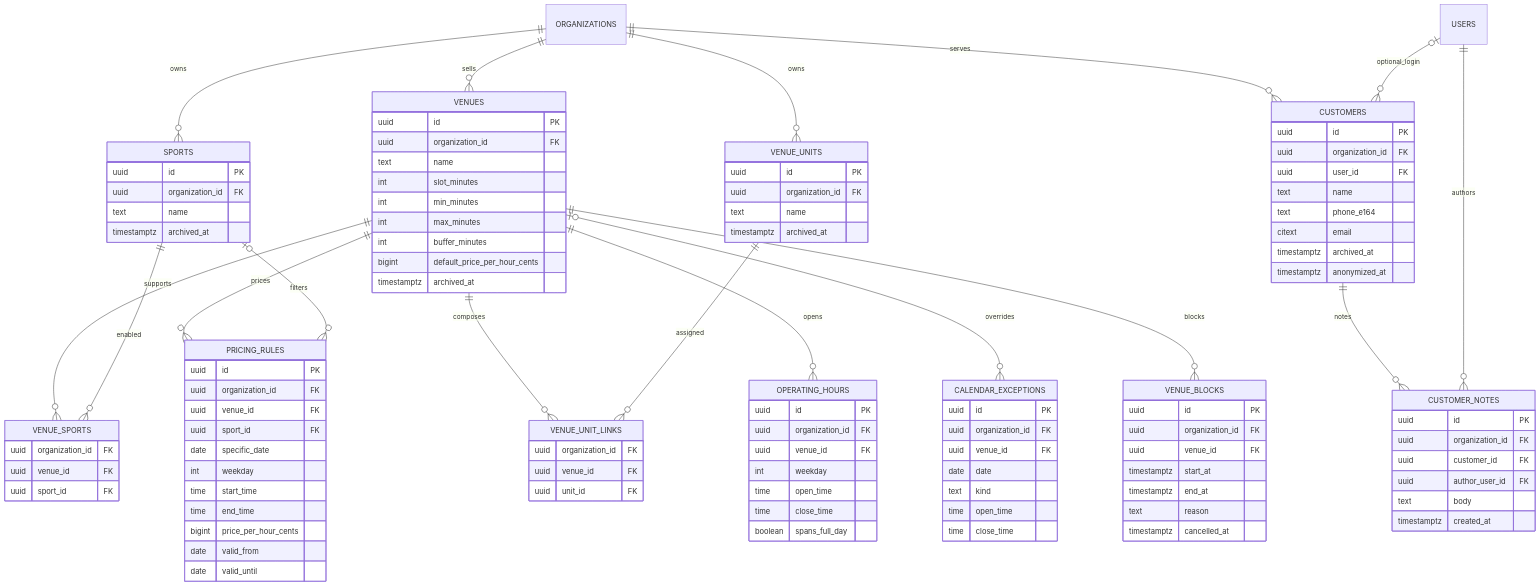
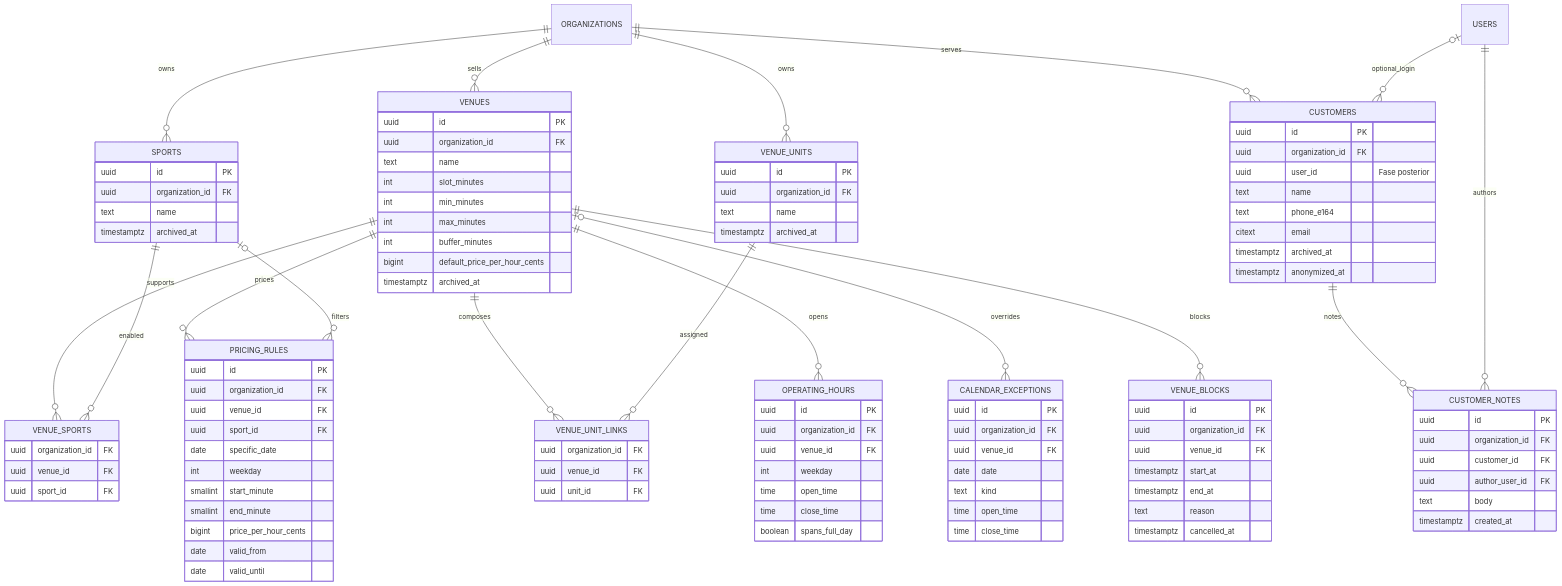
The second of 3 diagrams in docs/ERD.md (Alanls-mx/ArenaHub), drawn with Mermaid before and after one commit. The commit also changed other lines of this file and 37 other files, not shown here.

```diff
--- a/docs/ERD.md
+++ b/docs/ERD.md
@@ -126,8 +126,8 @@
         uuid sport_id FK
         date specific_date
         int weekday
-        time start_time
-        time end_time
+        smallint start_minute
+        smallint end_minute
         bigint price_per_hour_cents
         date valid_from
         date valid_until
@@ -135,7 +135,7 @@
     CUSTOMERS {
         uuid id PK
         uuid organization_id FK
-        uuid user_id FK
+        uuid user_id "Fase posterior"
         text name
         text phone_e164
         citext email
```
